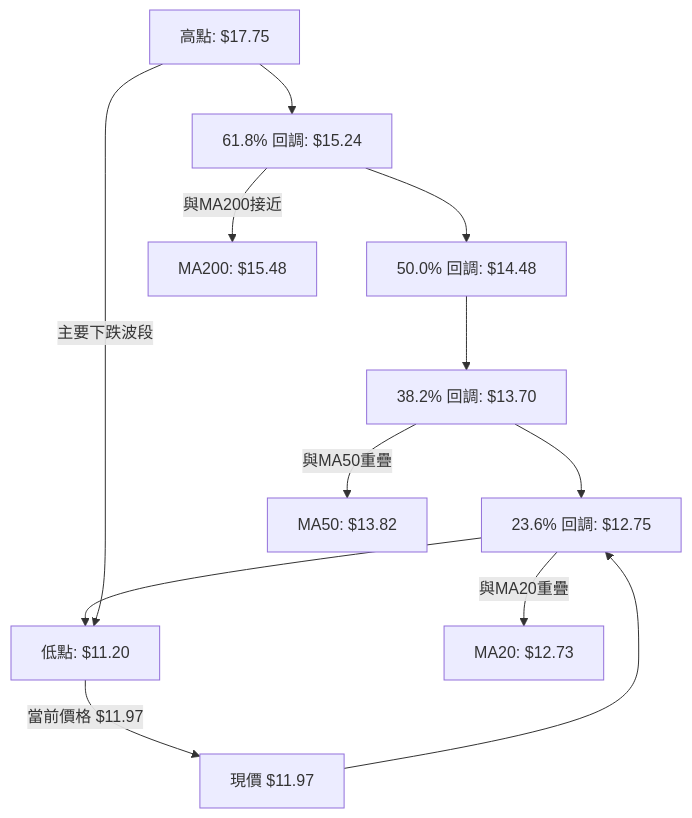
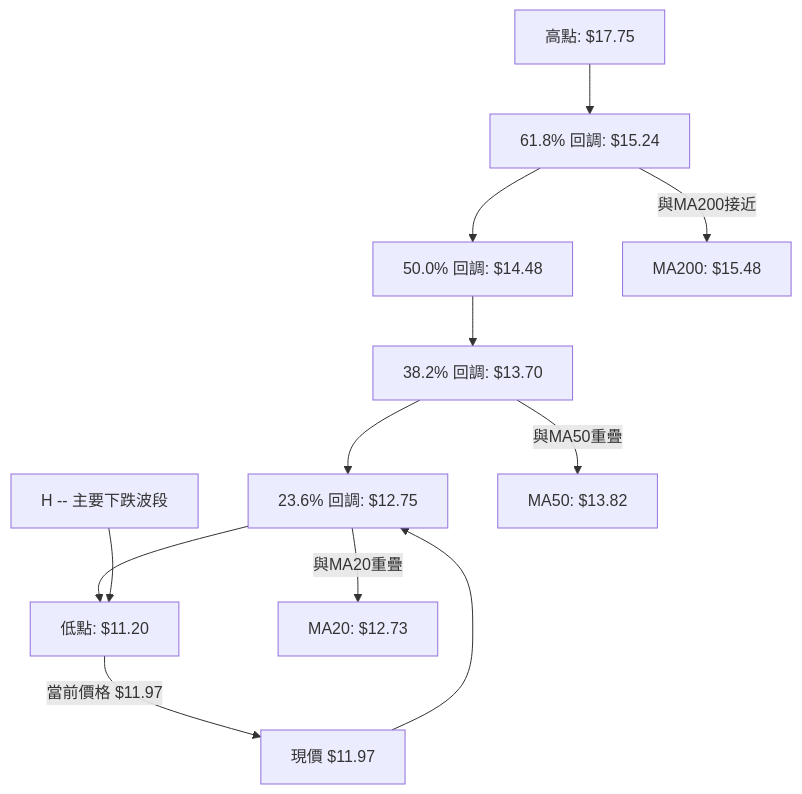
Before and after one commit to yennanliu/finance_data: the fifth of 9 diagrams in ai_gen_report/stock/nu/technical_analysis_2026-06-06_gemini.md, drawn with Mermaid. The commit also changed other lines of this file and 2258 other files, not shown here.

First line of the commit message:
chore: backfill Mermaid syntax repair across existing reports

````diff
--- a/ai_gen_report/stock/nu/technical_analysis_2026-06-06_gemini.md
+++ b/ai_gen_report/stock/nu/technical_analysis_2026-06-06_gemini.md
@@ -455,16 +455,16 @@
 ```mermaid
 graph TD
-    H[高點: $17.75] --> F618[61.8% 回調: $15.24]
-    F618 --> F50[50.0% 回調: $14.48]
-    F50 --> F382[38.2% 回調: $13.70]
-    F382 --> F236[23.6% 回調: $12.75]
-    F236 --> L[低點: $11.20]
+    H["高點: $17.75"] --> F618["61.8% 回調: $15.24"]
+    F618 --> F50["50.0% 回調: $14.48"]
+    F50 --> F382["38.2% 回調: $13.70"]
+    F382 --> F236["23.6% 回調: $12.75"]
+    F236 --> L["低點: $11.20"]
 
-    H -- "主要下跌波段" --> L
-    F236 -- "與MA20重疊" --> R1[MA20: $12.73]
-    F382 -- "與MA50重疊" --> R2[MA50: $13.82]
-    F618 -- "與MA200接近" --> R3[MA200: $15.48]
+    nb1["H -- "主要下跌波段""] --> L
+    F236 -- "與MA20重疊" --> R1["MA20: $12.73"]
+    F382 -- "與MA50重疊" --> R2["MA50: $13.82"]
+    F618 -- "與MA200接近" --> R3["MA200: $15.48"]
 
-    L -- "當前價格 $11.97" --> C[現價 $11.97]
+    L -- "當前價格 $11.97" --> C["現價 $11.97"]
     C --> F236
 ```
````
